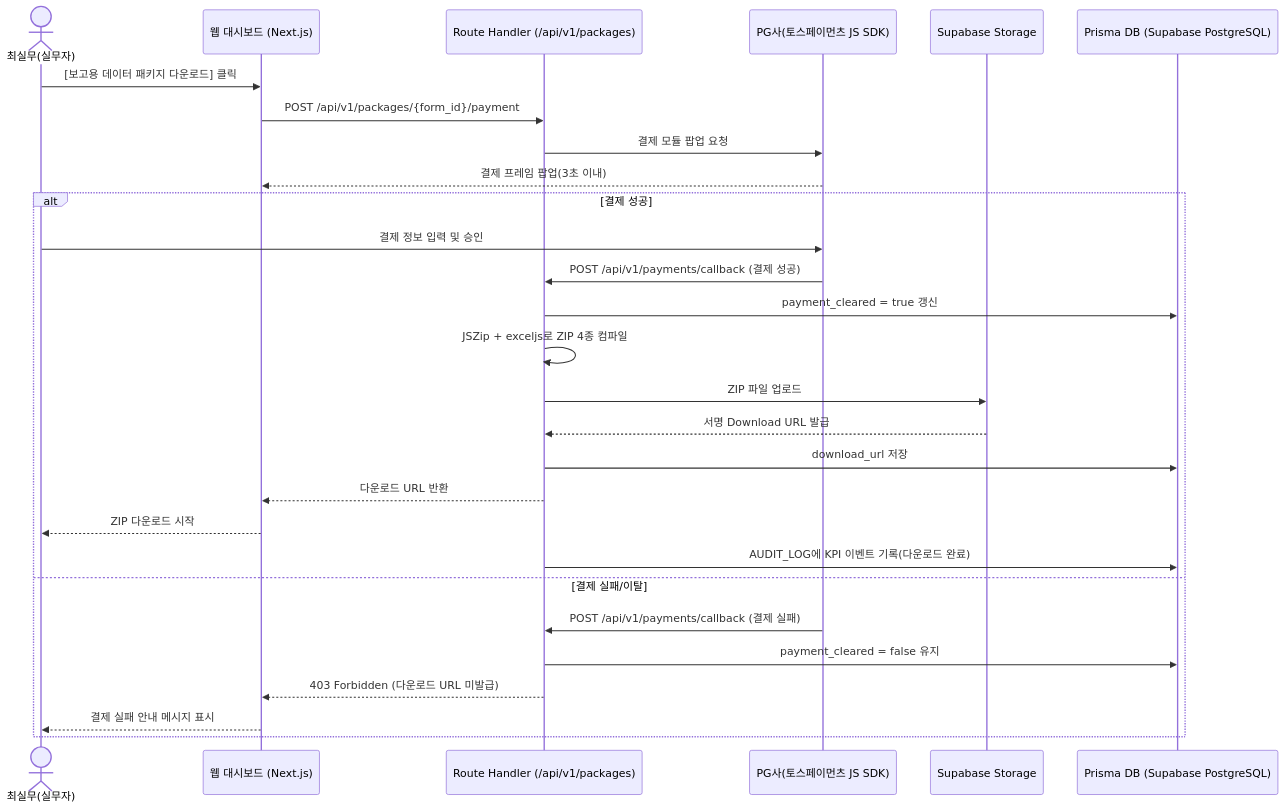
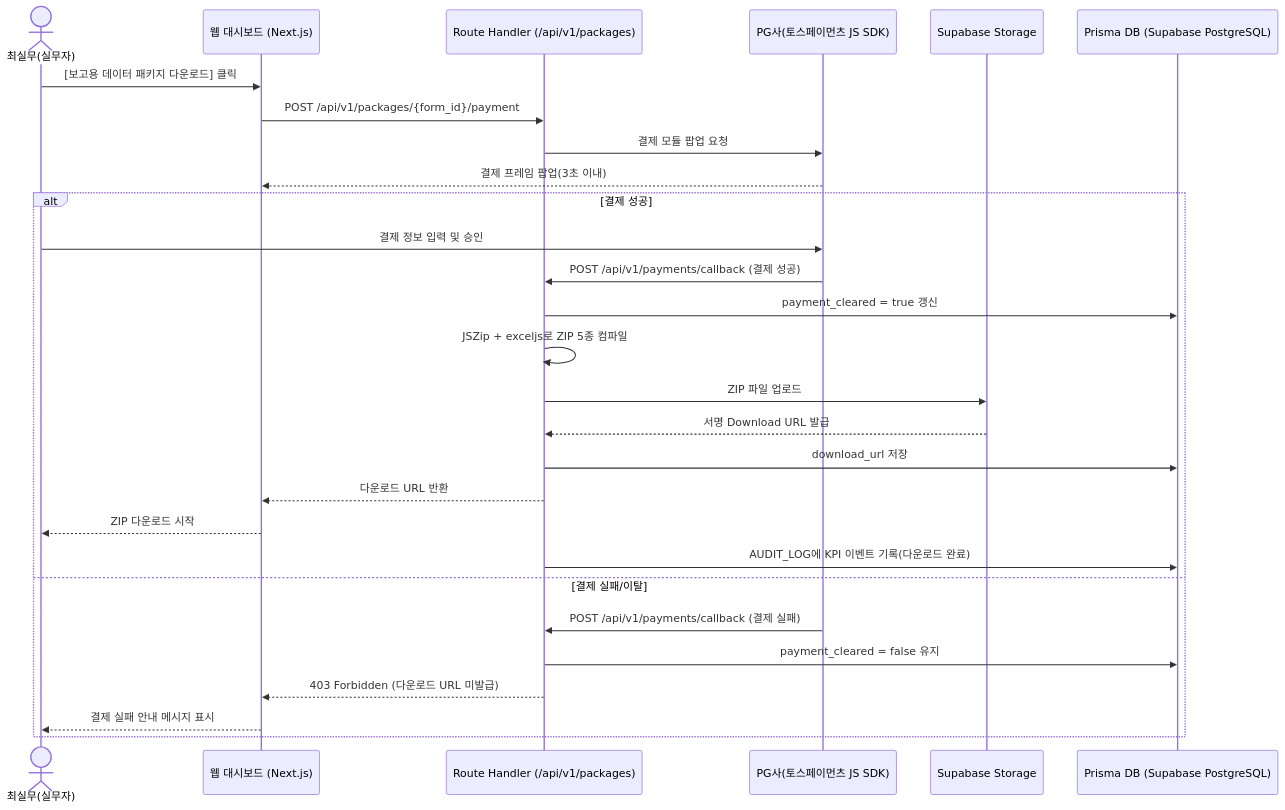
The fourth of 13 diagrams in SRS-Drafts/01_SRS_v0.1_Opus.md (ZeroWalnut-0/SRS-from-PRD-AI_Survey), drawn with Mermaid before and after one commit. The commit also changed other lines of this file and 386 other files, not shown here.

Commit message:
TASK 의존성 상세 다이어그램 업데이트

````diff
--- a/SRS-Drafts/01_SRS_v0.1_Opus.md
+++ b/SRS-Drafts/01_SRS_v0.1_Opus.md
@@ -412,32 +412,32 @@
 ```mermaid
 sequenceDiagram
     actor User as 최실무(실무자)
     participant Web as 웹 대시보드 (Next.js)
     participant Handler as Route Handler (/api/v1/packages)
     participant PG as PG사(토스페이먼츠 JS SDK)
     participant Storage as Supabase Storage
     participant DB as Prisma DB (Supabase PostgreSQL)
 
     User->>Web: [보고용 데이터 패키지 다운로드] 클릭
     Web->>Handler: POST /api/v1/packages/{form_id}/payment
     Handler->>PG: 결제 모듈 팝업 요청
     PG-->>Web: 결제 프레임 팝업(3초 이내)
     
     alt 결제 성공
         User->>PG: 결제 정보 입력 및 승인
         PG->>Handler: POST /api/v1/payments/callback (결제 성공)
         Handler->>DB: payment_cleared = true 갱신
-        Handler->>Handler: JSZip + exceljs로 ZIP 4종 컴파일
+        Handler->>Handler: JSZip + exceljs로 ZIP 5종 컴파일
         Handler->>Storage: ZIP 파일 업로드
         Storage-->>Handler: 서명 Download URL 발급
         Handler->>DB: download_url 저장
         Handler-->>Web: 다운로드 URL 반환
         Web-->>User: ZIP 다운로드 시작
         Handler->>DB: AUDIT_LOG에 KPI 이벤트 기록(다운로드 완료)
     else 결제 실패/이탈
         PG->>Handler: POST /api/v1/payments/callback (결제 실패)
         Handler->>DB: payment_cleared = false 유지
         Handler-->>Web: 403 Forbidden (다운로드 URL 미발급)
         Web-->>User: 결제 실패 안내 메시지 표시
     end
 ```
````
